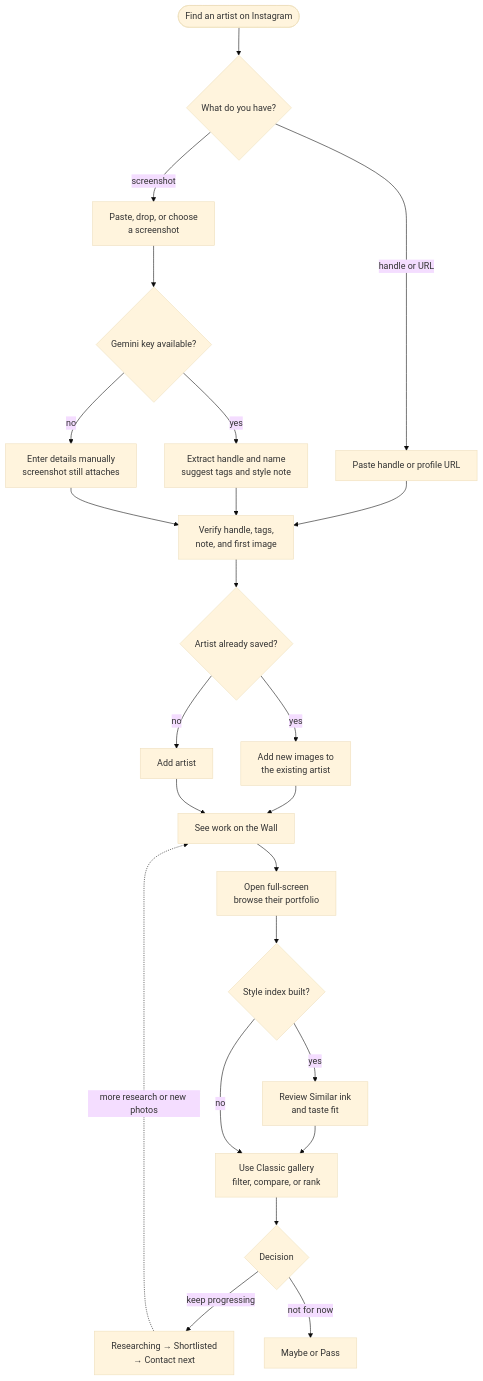
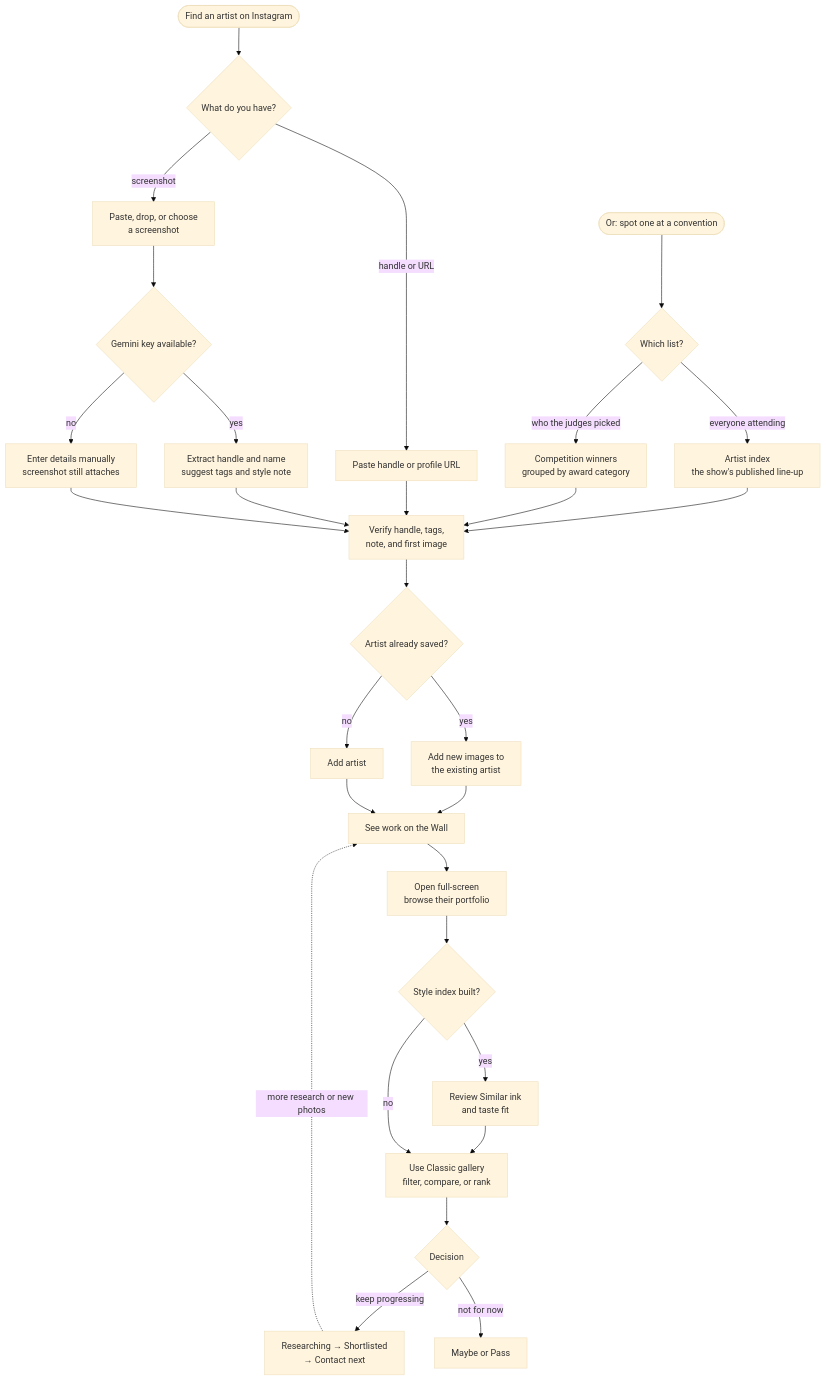
The second of 6 diagrams in docs/USER-WORKFLOWS.md (Pritesh1980/sable), drawn with Mermaid (base theme) before and after one commit. The commit also changed other lines of this file and 6 other files, not shown here.

````diff
--- a/docs/USER-WORKFLOWS.md
+++ b/docs/USER-WORKFLOWS.md
@@ -48,38 +50,45 @@
 ```mermaid
 flowchart TB
   START(["Find an artist on Instagram"])
+  SHOW(["Or: spot one at a convention"])
+  RADARIN{"Which list?"}
+  LINEUP["Artist index<br/>the show's published line-up"]
+  WINNERS["Competition winners<br/>grouped by award category"]
   CAPTURE{"What do you have?"}
   SHOT["Paste, drop, or choose<br/>a screenshot"]
   HANDLE["Paste handle or profile URL"]
   KEY{"Gemini key available?"}
   ANALYSE["Extract handle and name<br/>suggest tags and style note"]
   MANUAL["Enter details manually<br/>screenshot still attaches"]
   VERIFY["Verify handle, tags,<br/>note, and first image"]
   DUP{"Artist already saved?"}
   APPEND["Add new images to<br/>the existing artist"]
   ADD["Add artist"]
   WALL["See work on the Wall"]
   VIEW["Open full-screen<br/>browse their portfolio"]
   INDEX{"Style index built?"}
   SIMILAR["Review Similar ink<br/>and taste fit"]
   ORGANISE["Use Classic gallery<br/>filter, compare, or rank"]
   STATUS{"Decision"}
   ACTIVE["Researching → Shortlisted<br/>→ Contact next"]
   PARK["Maybe or Pass"]
 
   START --> CAPTURE
+  SHOW --> RADARIN
+  RADARIN -- "everyone attending" --> LINEUP --> VERIFY
+  RADARIN -- "who the judges picked" --> WINNERS --> VERIFY
   CAPTURE -- "screenshot" --> SHOT --> KEY
   CAPTURE -- "handle or URL" --> HANDLE --> VERIFY
   KEY -- yes --> ANALYSE --> VERIFY
   KEY -- no --> MANUAL --> VERIFY
   VERIFY --> DUP
   DUP -- yes --> APPEND --> WALL
   DUP -- no --> ADD --> WALL
   WALL --> VIEW --> INDEX
   INDEX -- yes --> SIMILAR --> ORGANISE
   INDEX -- no --> ORGANISE
   ORGANISE --> STATUS
   STATUS -- "keep progressing" --> ACTIVE
   STATUS -- "not for now" --> PARK
   ACTIVE -. "more research or new photos" .-> WALL
 ```
````
